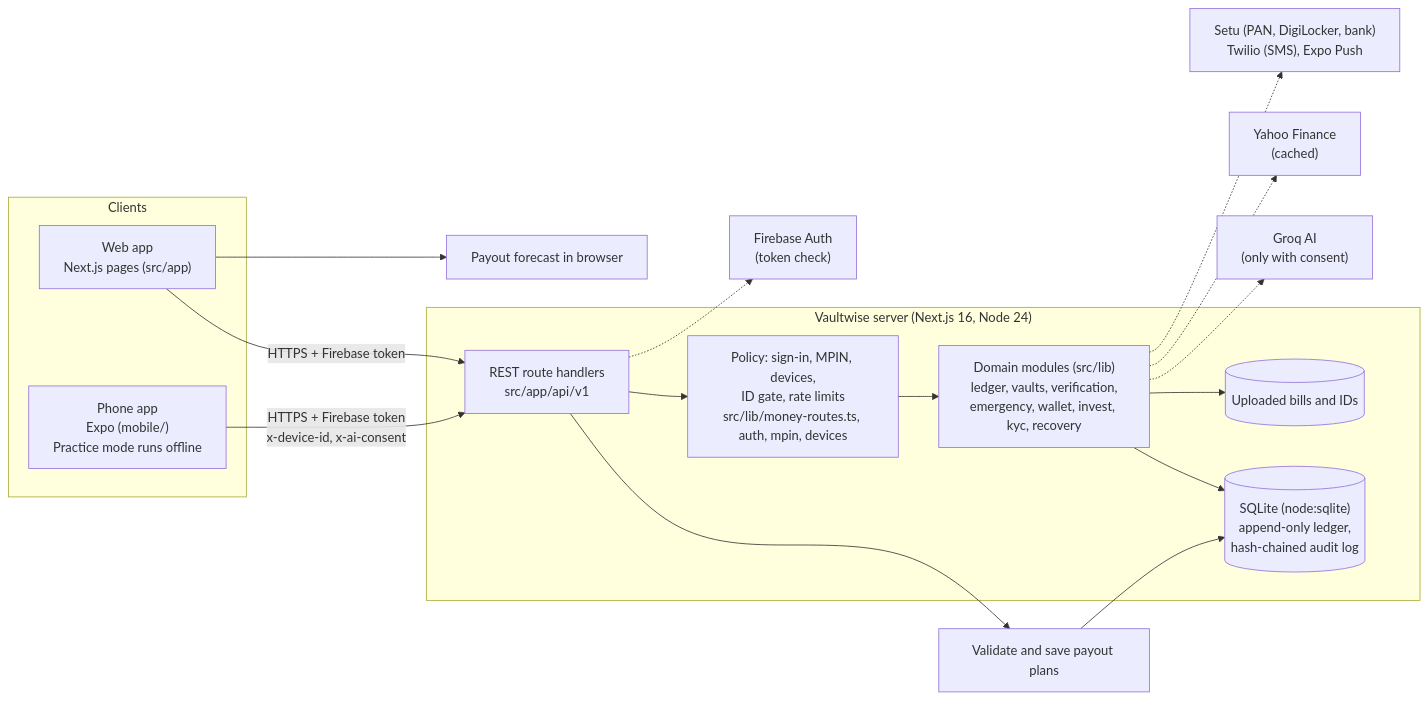
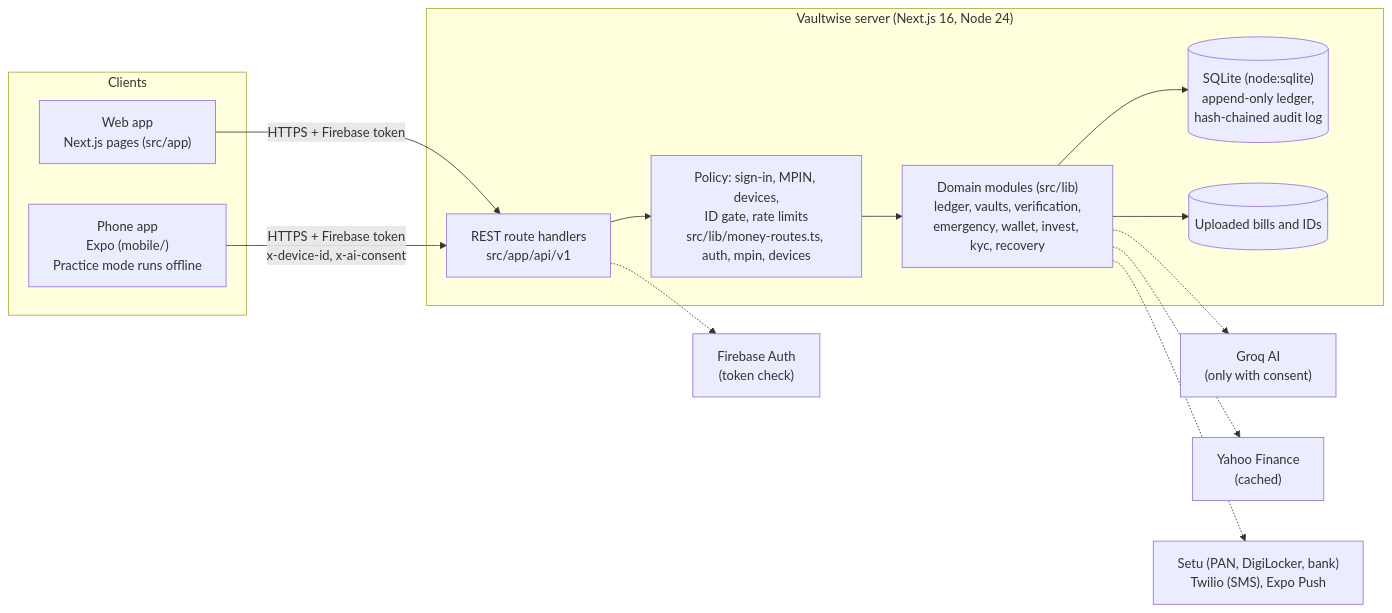
Before and after one commit to katabathunilohith/VaultWise: the diagram in README.md, drawn with Mermaid. The commit also changed other lines of this file and 31 other files, not shown here.

````diff
--- a/README.md
+++ b/README.md
@@ -45,24 +39,22 @@
 ```mermaid
 flowchart LR
   subgraph Clients
     W["Web app<br/>Next.js pages (src/app)"]
     P["Phone app<br/>Expo (mobile/)<br/>Practice mode runs offline"]
   end
   subgraph Server["Vaultwise server (Next.js 16, Node 24)"]
     API["REST route handlers<br/>src/app/api/v1"]
     POL["Policy: sign-in, MPIN, devices,<br/>ID gate, rate limits<br/>src/lib/money-routes.ts, auth, mpin, devices"]
     DOM["Domain modules (src/lib)<br/>ledger, vaults, verification,<br/>emergency, wallet, invest, kyc, recovery"]
     DB[("SQLite (node:sqlite)<br/>append-only ledger,<br/>hash-chained audit log")]
     FILES[("Uploaded bills and IDs")]
   end
   W -->|HTTPS + Firebase token| API
-  W --> Forecast["Payout forecast in browser"]
-  API --> Plans["Validate and save payout plans"] --> DB
   P -->|HTTPS + Firebase token<br/>x-device-id, x-ai-consent| API
   API --> POL --> DOM --> DB
   DOM --> FILES
   DOM -.-> Groq["Groq AI<br/>(only with consent)"]
   DOM -.-> Yahoo["Yahoo Finance<br/>(cached)"]
   DOM -.-> Ext["Setu (PAN, DigiLocker, bank)<br/>Twilio (SMS), Expo Push"]
   API -.-> FB["Firebase Auth<br/>(token check)"]
 ```
````
